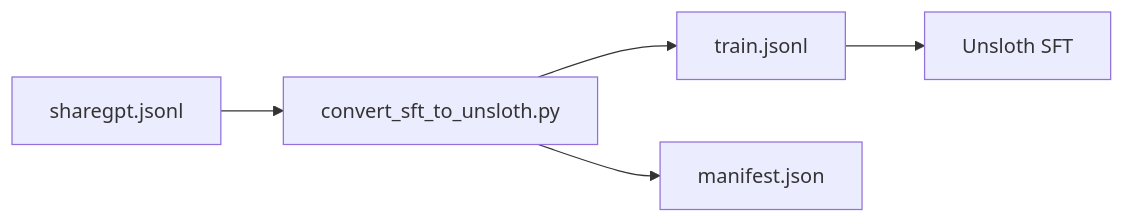
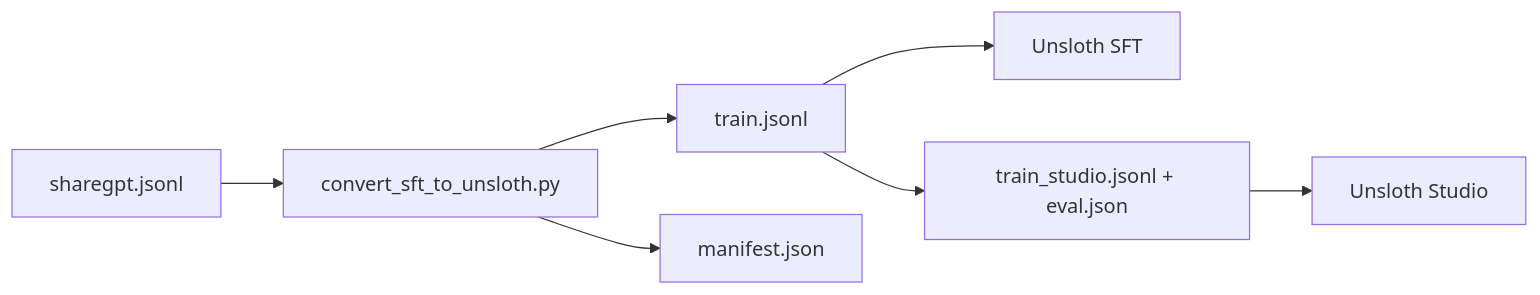
The tenth of 16 diagrams in demo/README.md (Lafinger/AgenticRAG-RL), drawn with Mermaid before and after one commit. The commit also changed other lines of this file and 5 other files, not shown here.

````diff
--- a/demo/README.md
+++ b/demo/README.md
@@ -1218,7 +1222,9 @@
 ```mermaid
 flowchart LR
     A["sharegpt.jsonl"] --> B["convert_sft_to_unsloth.py"]
     B --> C["train.jsonl"]
     B --> D["manifest.json"]
     C --> E["Unsloth SFT"]
+    C --> F["train_studio.jsonl + eval.json"]
+    F --> G["Unsloth Studio"]
 ```
````
